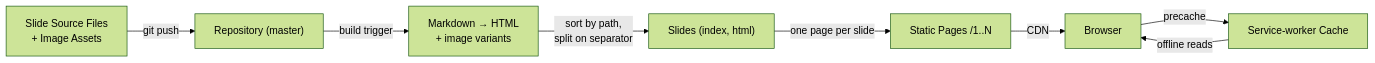
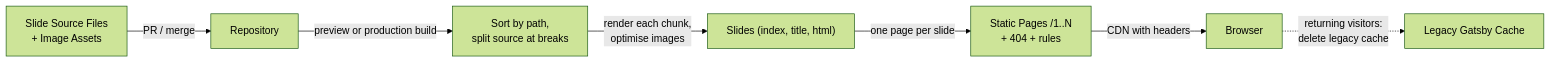
The second of 2 diagrams in .specify/architect/views/system/information.md (sshahar1/introduction-to-data-engineering), drawn with Mermaid (forest theme) before and after one commit. The commit also changed other lines of this file and 7 other files, not shown here.

First line of the commit message:
docs: regenerate AD.md for the Astro architecture (T033)

````diff
--- a/.specify/architect/views/system/information.md
+++ b/.specify/architect/views/system/information.md
@@ -70,10 +78,9 @@
 ```mermaid
 flowchart LR
-    A["Slide Source Files<br/>+ Image Assets"] -->|"git push"| B["Repository (master)"]
-    B -->|"build trigger"| C["Markdown → HTML<br/>+ image variants"]
-    C -->|"sort by path,<br/>split on separator"| D["Slides (index, html)"]
-    D -->|"one page per slide"| E["Static Pages /1..N"]
-    E -->|"CDN"| F["Browser"]
-    F -->|"precache"| G["Service-worker Cache"]
-    G -->|"offline reads"| F
+    A["Slide Source Files<br/>+ Image Assets"] -->|"PR / merge"| B["Repository"]
+    B -->|"preview or production build"| C["Sort by path,<br/>split source at breaks"]
+    C -->|"render each chunk,<br/>optimise images"| D["Slides (index, title, html)"]
+    D -->|"one page per slide"| E["Static Pages /1..N<br/>+ 404 + rules"]
+    E -->|"CDN with headers"| F["Browser"]
+    F -.->|"returning visitors:<br/>delete legacy cache"| G["Legacy Gatsby Cache"]
 ```
````
